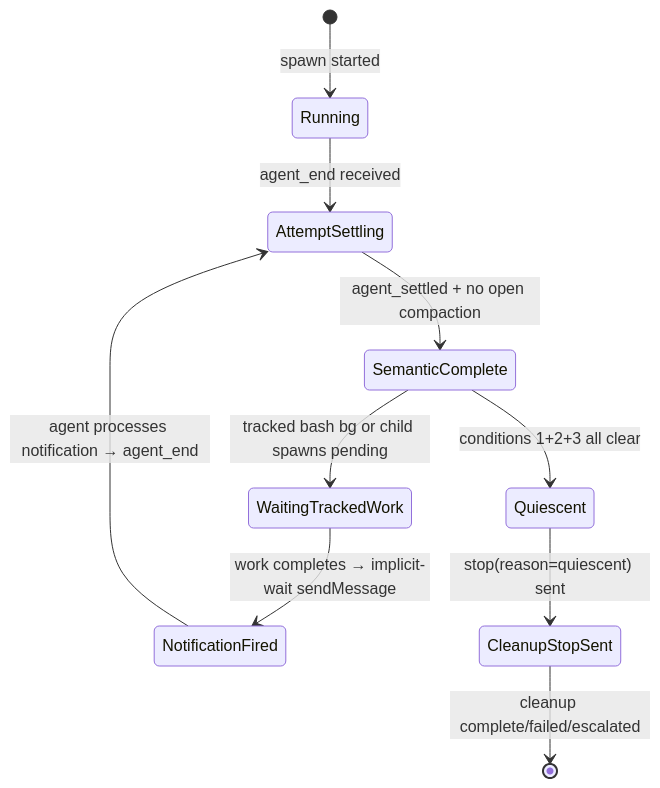
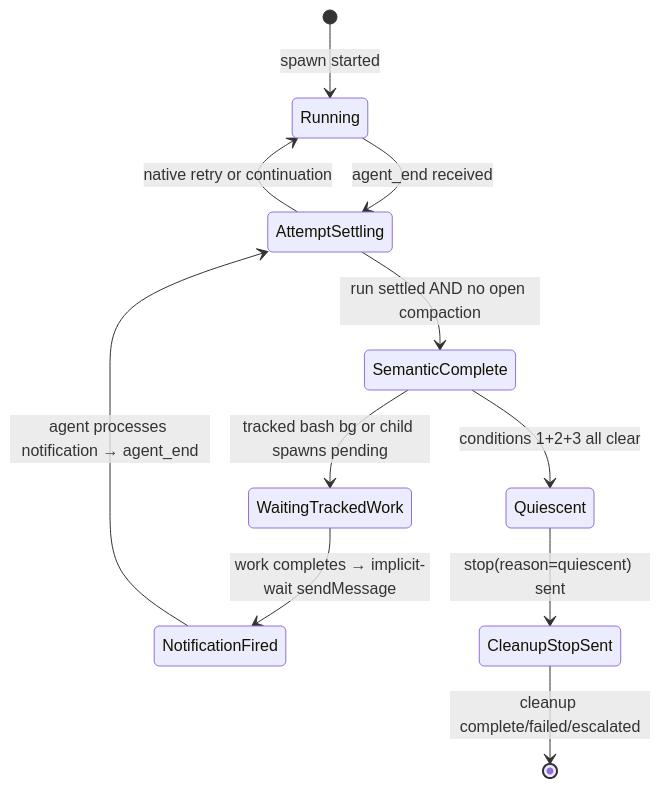
One commit to haowjy/meridian-cli-kb changed the diagram in kb/architecture/pi-lifecycle.md. Above: the diagram before and after it, drawn with Mermaid. The commit also changed 2 other files, not shown here.

Commit message:
docs(kb): qualify pending Pi settlement contract

````diff
--- a/kb/architecture/pi-lifecycle.md
+++ b/kb/architecture/pi-lifecycle.md
@@ -147,12 +147,13 @@
 ```mermaid
 stateDiagram-v2
     [*] --> Running: spawn started
     Running --> AttemptSettling: agent_end received
-    AttemptSettling --> SemanticComplete: agent_settled + no open compaction
+    AttemptSettling --> Running: native retry or continuation
+    AttemptSettling --> SemanticComplete: run settled AND no open compaction
     SemanticComplete --> WaitingTrackedWork: tracked bash bg or child spawns pending
     SemanticComplete --> Quiescent: conditions 1+2+3 all clear
     WaitingTrackedWork --> NotificationFired: work completes → implicit-wait sendMessage
     NotificationFired --> AttemptSettling: agent processes notification → agent_end
     Quiescent --> CleanupStopSent: stop(reason=quiescent) sent
     CleanupStopSent --> [*]: cleanup complete/failed/escalated
 ```
````
